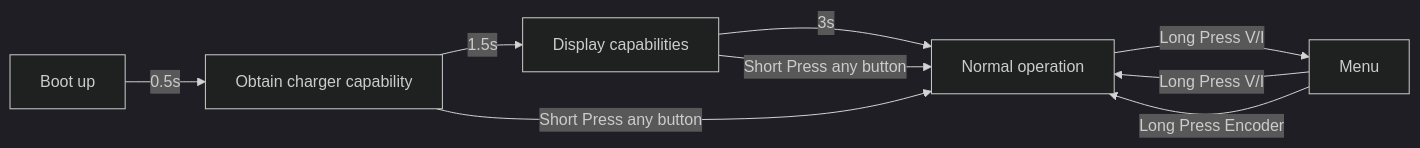
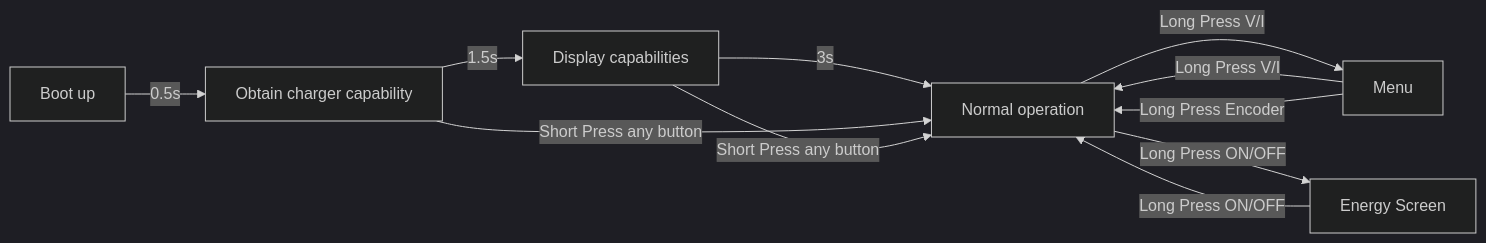
One commit to CentyLab/PocketPD changed the diagram in ReadMe.md. Above: the diagram before and after it, drawn with Mermaid (dark theme). The commit also changed other lines of this file and 15 other files, not shown here.

````diff
--- a/ReadMe.md
+++ b/ReadMe.md
@@ -12,11 +14,13 @@
 ```mermaid
 flowchart LR
     A[Boot up] --> |0.5s|B[Obtain charger capability]
     B --> |1.5s|C[Display capabilities]
     C --> |3s|D[Normal operation]
     D --> |Long Press V/I|E[Menu]
     B --> |Short Press any button|D
     C --> |Short Press any button|D
     E --> |Long Press V/I|D
     E --> |Long Press Encoder|D
+    D --> |Long Press ON/OFF|F[Energy Screen]
+    F --> |Long Press ON/OFF|D
 ```
````
